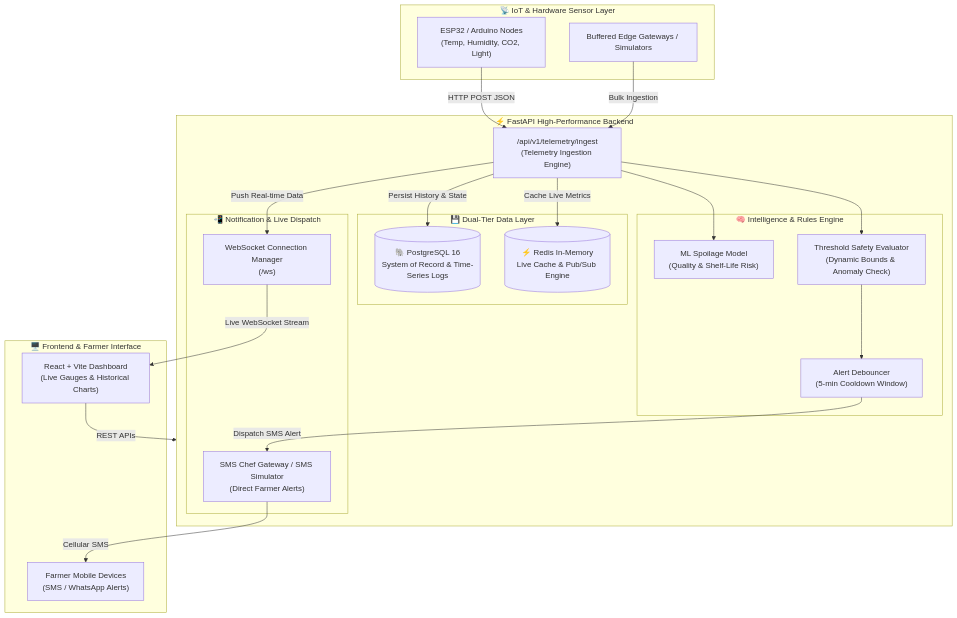
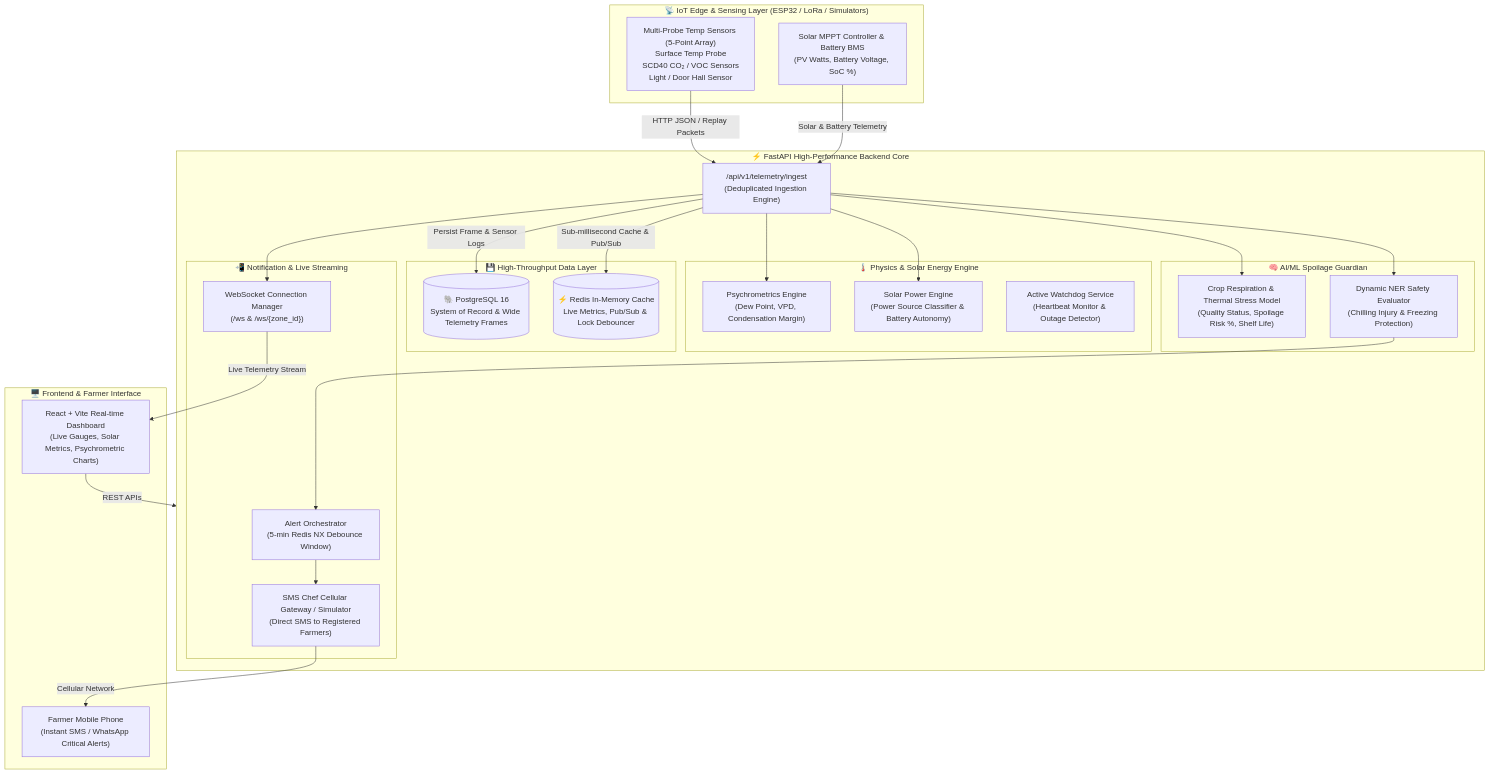
Before and after one commit to AbhayMishra11/Hackathon_2026: the diagram in README.md, drawn with Mermaid. The commit also changed other lines of this file and 1 other file, not shown here.

````diff
--- a/README.md
+++ b/README.md
@@ -9,49 +12,58 @@
 ```mermaid
 flowchart TD
-    subgraph IoT_Layer["📡 IoT & Hardware Sensor Layer"]
-        ESP32["ESP32 / Arduino Nodes<br/>(Temp, Humidity, CO2, Light)"]
-        Gateways["Buffered Edge Gateways / Simulators"]
+    subgraph Edge_IoT["📡 IoT Edge & Sensing Layer (ESP32 / LoRa / Simulators)"]
+        Sensors["Multi-Probe Temp Sensors (5-Point Array)<br/>Surface Temp Probe<br/>SCD40 CO₂ / VOC Sensors<br/>Light / Door Hall Sensor"]
+        SolarEdge["Solar MPPT Controller & Battery BMS<br/>(PV Watts, Battery Voltage, SoC %)"]
     end
 
-    subgraph Backend_Layer["⚡ FastAPI High-Performance Backend"]
-        Ingest["/api/v1/telemetry/ingest<br/>(Telemetry Ingestion Engine)"]
+    subgraph Backend_Layer["⚡ FastAPI High-Performance Backend Core"]
+        Ingest["/api/v1/telemetry/ingest<br/>(Deduplicated Ingestion Engine)"]
         
-        subgraph Intelligence["🧠 Intelligence & Rules Engine"]
-            MLEngine["ML Spoilage Model<br/>(Quality & Shelf-Life Risk)"]
-            SafetyEngine["Threshold Safety Evaluator<br/>(Dynamic Bounds & Anomaly Check)"]
-            Debouncer["Alert Debouncer<br/>(5-min Cooldown Window)"]
+        subgraph RealTime_Physics["🌡️ Physics & Solar Energy Engine"]
+            Psychro["Psychrometrics Engine<br/>(Dew Point, VPD, Condensation Margin)"]
+            PowerService["Solar Power Engine<br/>(Power Source Classifier & Battery Autonomy)"]
+            Watchdog["Active Watchdog Service<br/>(Heartbeat Monitor & Outage Detector)"]
         end
 
-        subgraph Storage_Layer["💾 Dual-Tier Data Layer"]
-            PostgreSQL[("🐘 PostgreSQL 16<br/>System of Record & Time-Series Logs")]
-            Redis[("⚡ Redis In-Memory<br/>Live Cache & Pub/Sub Engine")]
+        subgraph ML_Intelligence["🧠 AI/ML Spoilage Guardian"]
+            MLEngine["Crop Respiration & Thermal Stress Model<br/>(Quality Status, Spoilage Risk %, Shelf Life)"]
+            ThresholdEngine["Dynamic NER Safety Evaluator<br/>(Chilling Injury & Freezing Protection)"]
         end
 
-        subgraph Notification_Layer["📲 Notification & Live Dispatch"]
-            SMSChef["SMS Chef Gateway / SMS Simulator<br/>(Direct Farmer Alerts)"]
-            WSManager["WebSocket Connection Manager<br/>(/ws)"]
+        subgraph DualTier_Storage["💾 High-Throughput Data Layer"]
+            PostgreSQL[("🐘 PostgreSQL 16<br/>System of Record & Wide Telemetry Frames")]
+            Redis[("⚡ Redis In-Memory Cache<br/>Live Metrics, Pub/Sub & Lock Debouncer")]
+        end
+
+        subgraph Alert_Dispatch["📲 Notification & Live Streaming"]
+            AlertService["Alert Orchestrator<br/>(5-min Redis NX Debounce Window)"]
+            SMSChef["SMS Chef Cellular Gateway / Simulator<br/>(Direct SMS to Registered Farmers)"]
+            WSManager["WebSocket Connection Manager<br/>(/ws & /ws/{zone_id})"]
         end
     end
 
     subgraph Client_Layer["🖥️ Frontend & Farmer Interface"]
-        WebDashboard["React + Vite Dashboard<br/>(Live Gauges & Historical Charts)"]
-        FarmerMobile["Farmer Mobile Devices<br/>(SMS / WhatsApp Alerts)"]
+        WebDashboard["React + Vite Real-time Dashboard<br/>(Live Gauges, Solar Metrics, Psychrometric Charts)"]
+        FarmerPhone["Farmer Mobile Phone<br/>(Instant SMS / WhatsApp Critical Alerts)"]
     end
 
-    %% Data Flow
-    ESP32 -->|HTTP POST JSON| Ingest
-    Gateways -->|Bulk Ingestion| Ingest
+    %% Data Pipeline
+    Sensors -->|HTTP JSON / Replay Packets| Ingest
+    SolarEdge -->|Solar & Battery Telemetry| Ingest
+
+    Ingest --> Psychro
+    Ingest --> PowerService
     Ingest --> MLEngine
-    Ingest --> SafetyEngine
-    SafetyEngine --> Debouncer
+    Ingest --> ThresholdEngine
+
+    ThresholdEngine --> AlertService
+    AlertService --> SMSChef
+    SMSChef -->|Cellular Network| FarmerPhone
+
+    Ingest -->|Persist Frame & Sensor Logs| PostgreSQL
+    Ingest -->|Sub-millisecond Cache & Pub/Sub| Redis
     
-    Ingest -->|Persist History & State| PostgreSQL
-    Ingest -->|Cache Live Metrics| Redis
-    
-    Debouncer -->|Dispatch SMS Alert| SMSChef
-    SMSChef -->|Cellular SMS| FarmerMobile
-    
-    Ingest -->|Push Real-time Data| WSManager
-    WSManager -->|Live WebSocket Stream| WebDashboard
+    Ingest --> WSManager
+    WSManager -->|Live Telemetry Stream| WebDashboard
     WebDashboard -->|REST APIs| Backend_Layer
 ```
````
